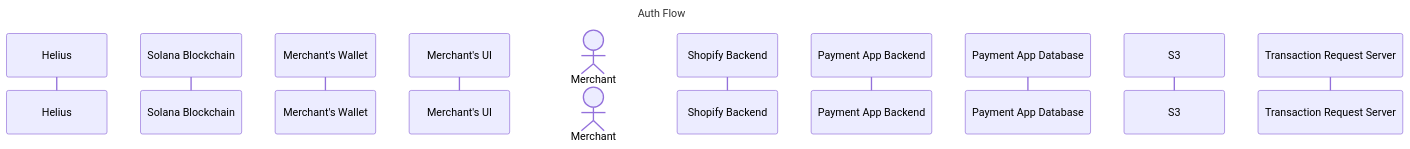
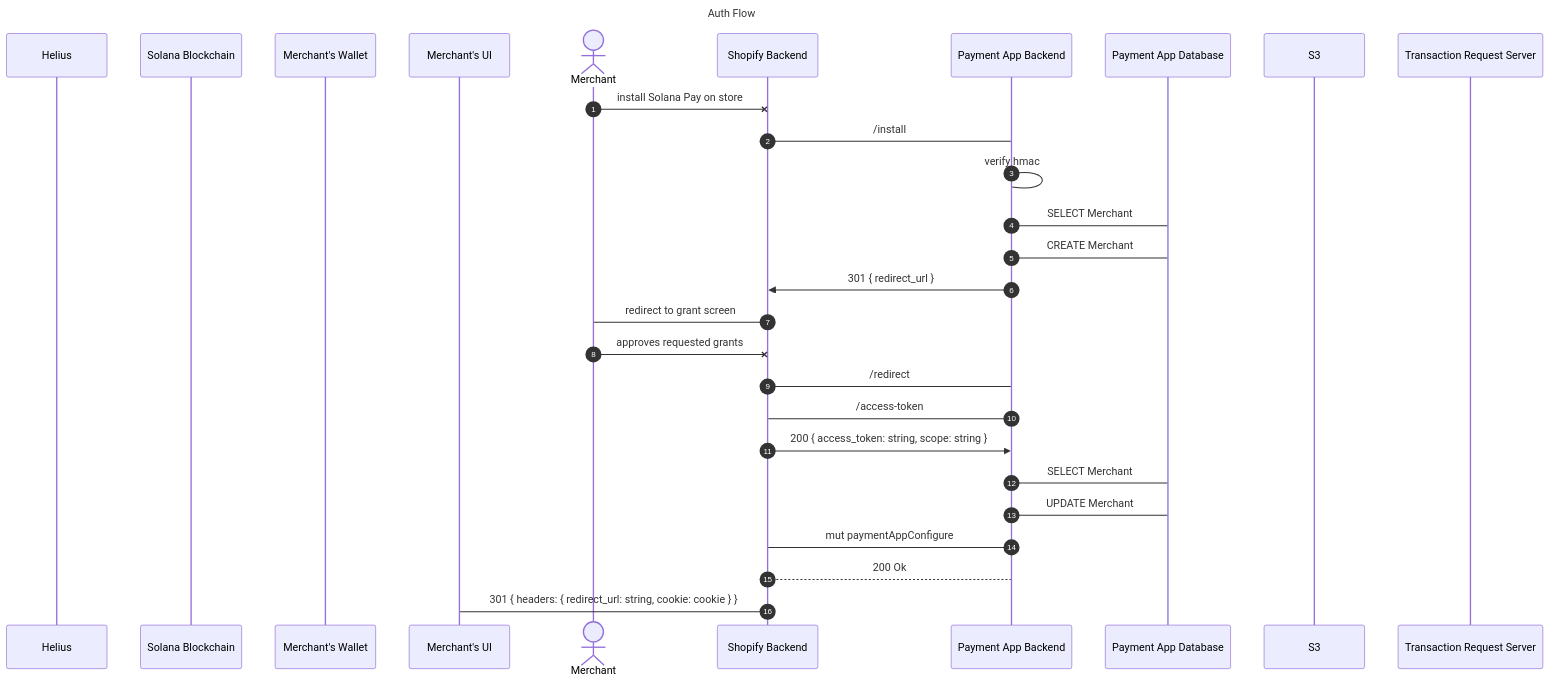
Before and after one commit to solana-labs/solana-payments-app: the seventh of 7 diagrams in system-design/README.md, drawn with Mermaid. The commit also changed other lines of this file, not shown here.

````diff
--- a/system-design/README.md
+++ b/system-design/README.md
@@ -199,15 +200,31 @@
 ```mermaid
 sequenceDiagram
     title Auth Flow
     autonumber
     participant Helius
     participant Solana as Solana Blockchain
     participant Wallet as Merchant's Wallet
     participant Portal as Merchant's UI
     actor Merchant
     participant Shop as Shopify Backend
     participant Backend as Payment App Backend
     participant Database as Payment App Database
     participant S3
     participant TRS as Transaction Request Server
+    Merchant-xShop: install Solana Pay on store
+    Shop->Backend: /install
+    Backend->Backend: verify hmac
+    Backend->Database: SELECT Merchant
+    Backend->Database: CREATE Merchant
+    Backend->>Shop: 301 { redirect_url }
+    Shop->Merchant: redirect to grant screen
+    Merchant-xShop: approves requested grants
+    Shop->Backend: /redirect
+    Backend->Shop: /access-token
+    Shop->>Backend: 200 { access_token: string, scope: string }
+    Backend->Database: SELECT Merchant
+    Backend->Database: UPDATE Merchant
+    Backend->Shop: mut paymentAppConfigure
+    Shop-->Backend: 200 Ok
+    Shop->Portal: 301 { headers: { redirect_url: string, cookie: cookie } }
 ```
````
